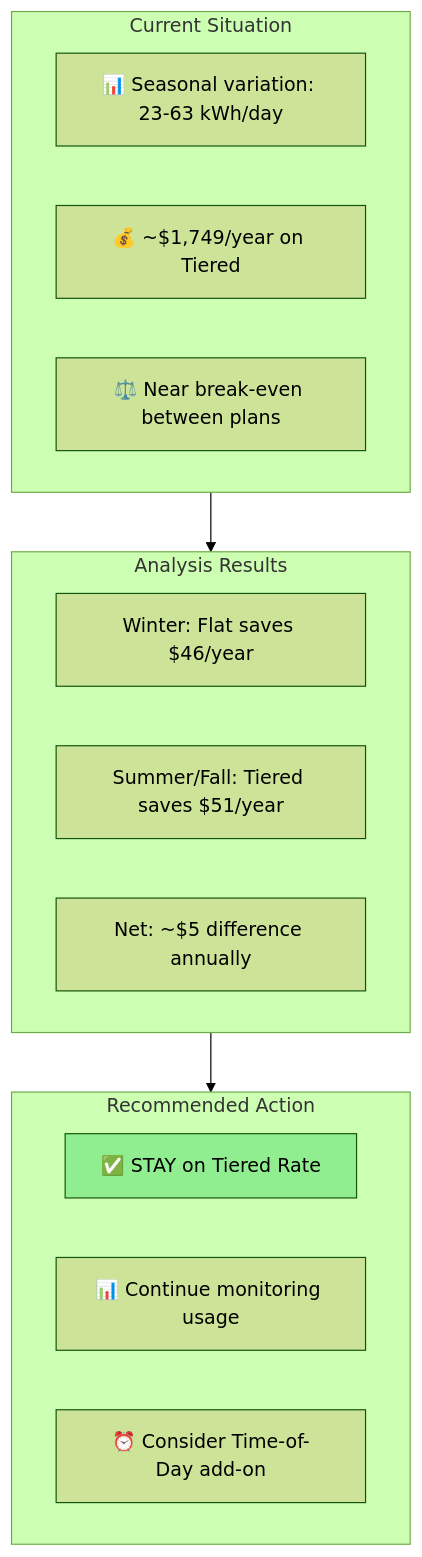
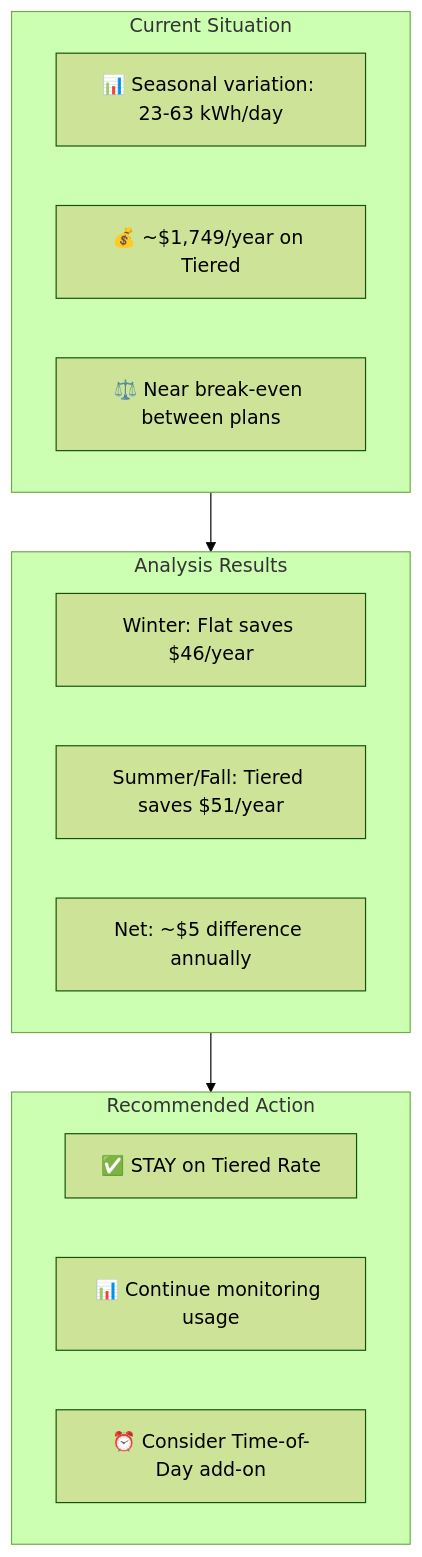
One commit to murr2k/linknode-com changed diagram 13 of 14 in docs/BC_HYDRO_RATE_ANALYSIS.md. Above: the diagram before and after it, drawn with Mermaid (forest theme). The commit also changed other lines of this file and 1 other file, not shown here.

First line of the commit message:
docs: make Mermaid diagrams theme-adaptive

````diff
--- a/docs/BC_HYDRO_RATE_ANALYSIS.md
+++ b/docs/BC_HYDRO_RATE_ANALYSIS.md
@@ -505,26 +501,24 @@
 ```mermaid
 flowchart TB
     subgraph Current["Current Situation"]
         C1["📊 Seasonal variation: 23-63 kWh/day"]
         C2["💰 ~$1,749/year on Tiered"]
         C3["⚖️ Near break-even between plans"]
     end
 
     subgraph Analysis["Analysis Results"]
         A1["Winter: Flat saves $46/year"]
         A2["Summer/Fall: Tiered saves $51/year"]
         A3["Net: ~$5 difference annually"]
     end
 
     Current --> Analysis
 
     subgraph Recommended["Recommended Action"]
         R1["✅ STAY on Tiered Rate"]
         R2["📊 Continue monitoring usage"]
         R3["⏰ Consider Time-of-Day add-on"]
     end
 
     Analysis --> Recommended
-
-    style R1 fill:#90EE90
 ```
````
